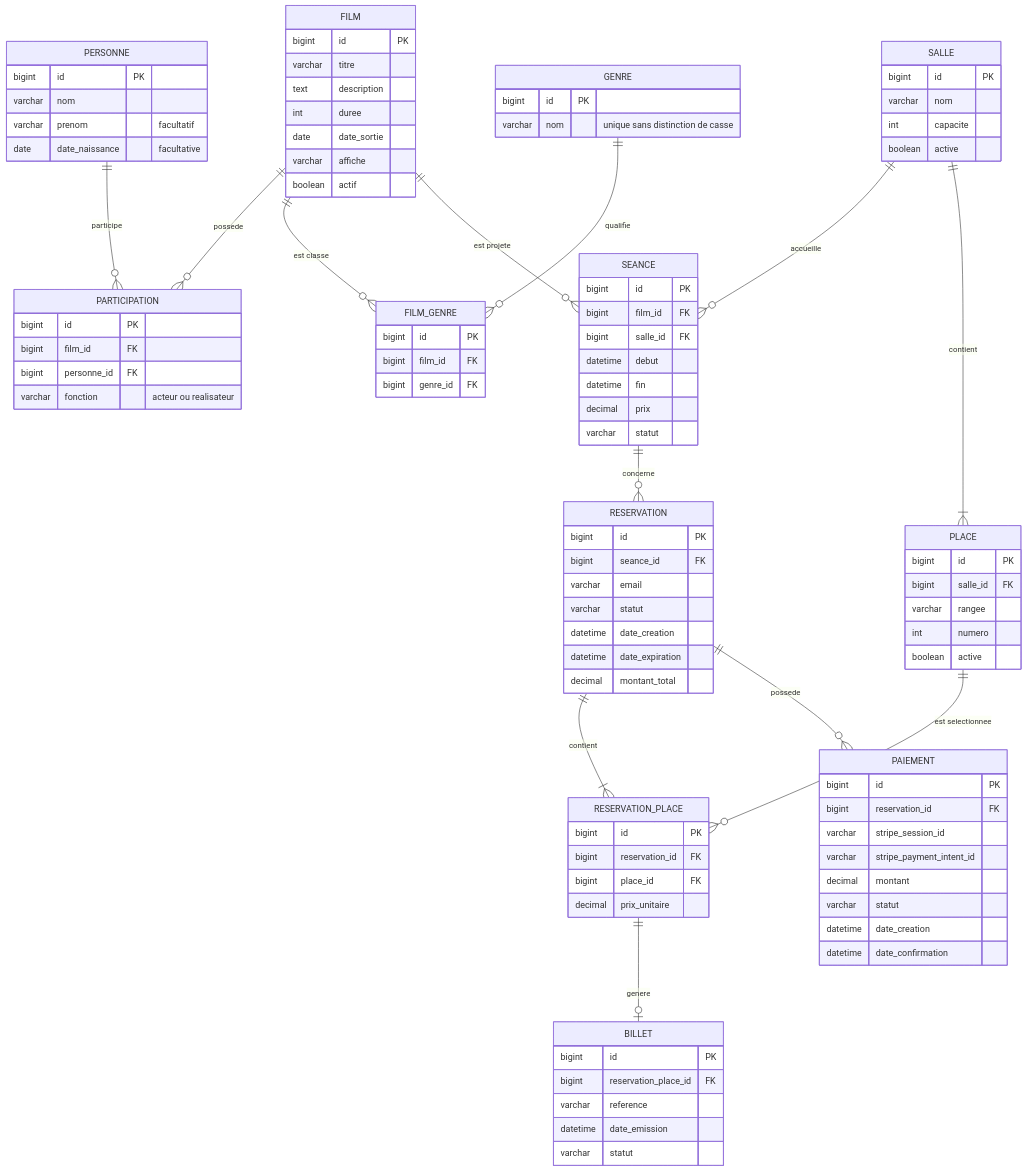
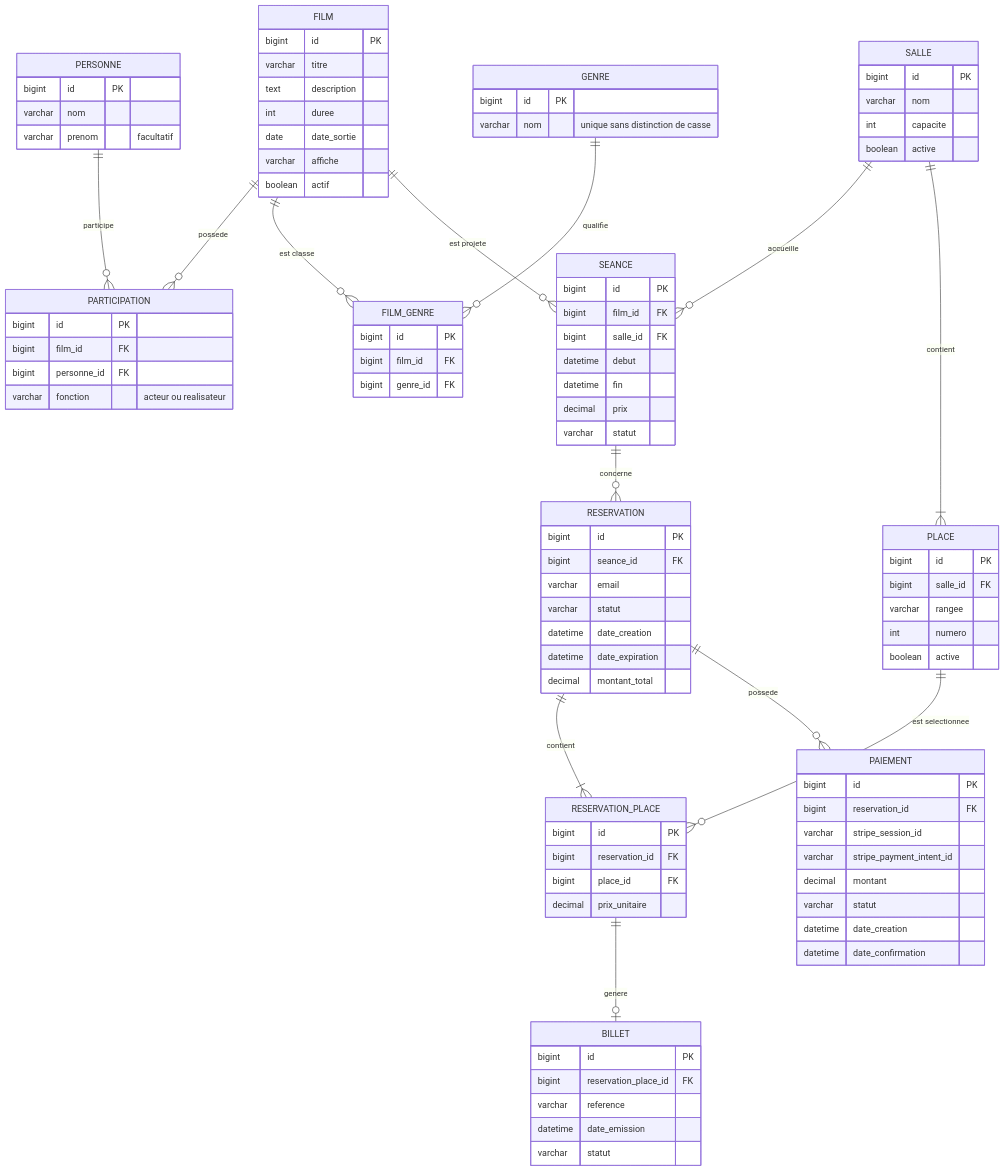
Before and after one commit to LennyFlx/le-grand-cinema: the diagram in docs/modele-donnees.md, drawn with Mermaid. The commit also changed other lines of this file and 5 other files, not shown here.

Commit message:
refactor: retirer la date de naissance des personnes

```diff
--- a/docs/modele-donnees.md
+++ b/docs/modele-donnees.md
@@ -428,7 +426,6 @@
         bigint id PK
         varchar nom
         varchar prenom "facultatif"
-        date date_naissance "facultative"
     }
 
     GENRE {
```
